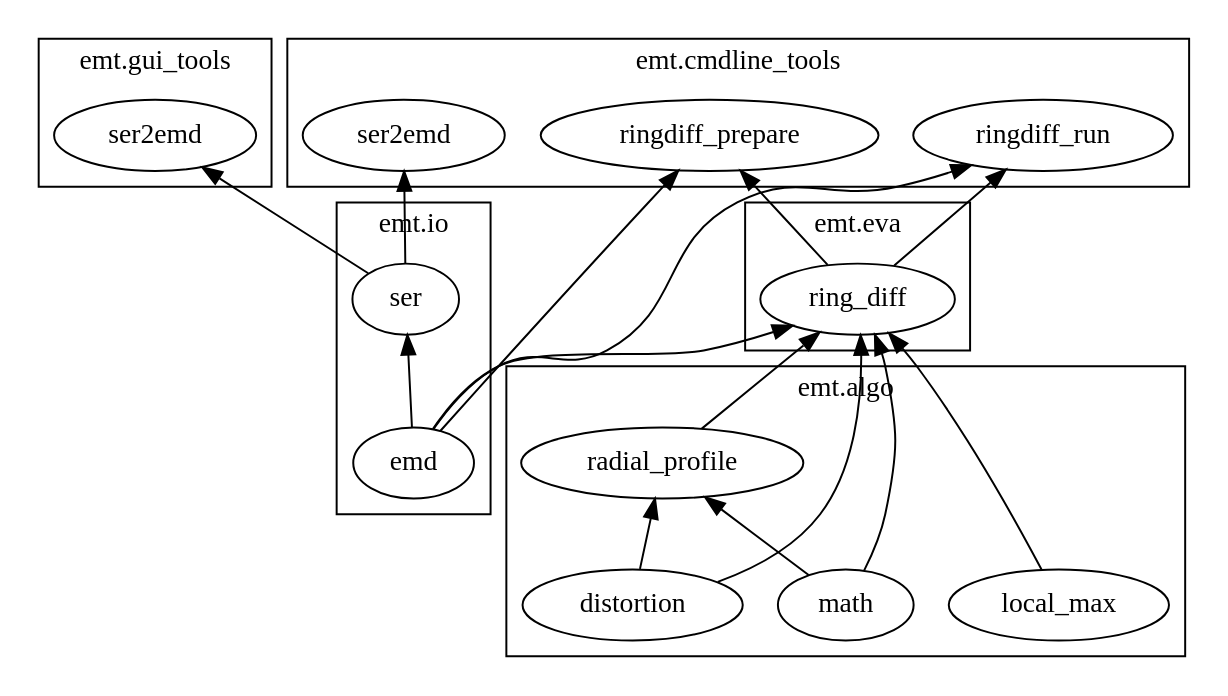
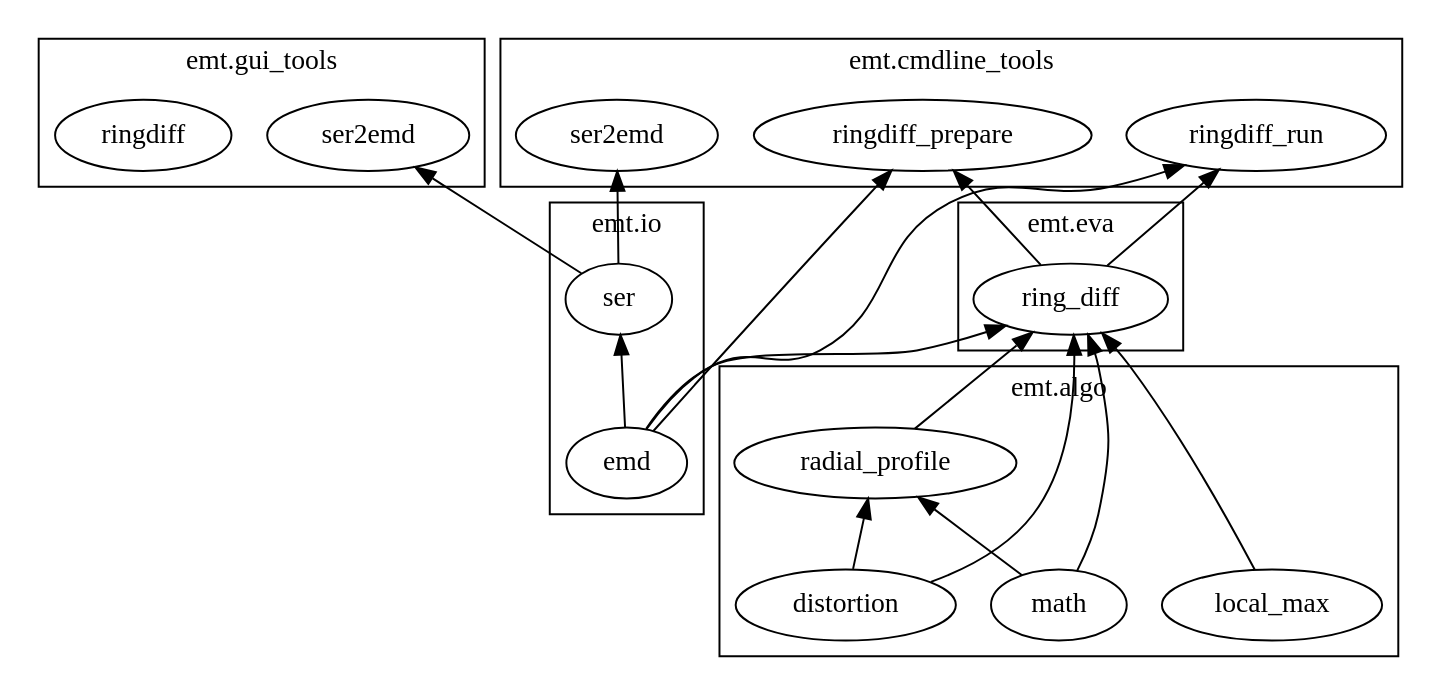
One commit to fniekiel/emt changed the diagram in docs/module_layout.dot. Above: the diagram before and after it, drawn with Graphviz. The commit also changed 1 other file, not shown here.

Commit message:
(gui_ringdiff) setting up file structure

```diff
--- a/docs/module_layout.dot
+++ b/docs/module_layout.dot
@@ -1,70 +1,71 @@
 digraph modules {
     rankdir = BT;
     labelloc = "b";
     //concentrate = true;
 
     subgraph "cluster_emt.io"{
     label = "emt.io";
     
     "emt.io.emd" [label="emd"];
     
     "emt.io.ser" [label="ser"];
 
     
     }
     
     subgraph "cluster_emt.algo"{
     label = "emt.algo";
     
     "emt.algo.local_max" [label="local_max"];
     "emt.algo.distortion" [label="distortion"];
     "emt.algo.radial_profile" [label="radial_profile"];
     "emt.algo.math" [label="math"];
     
     }
     
     subgraph "cluster_emt.eva"{
     label = "emt.eva";
     
     "emt.eva.ring_diff" [label="ring_diff"];
 
     
     }
     
     subgraph "cluster_emt.cmdline_tools" {
     label = "emt.cmdline_tools";
     
     "emt.cmdline_tools.ser2emd" [label="ser2emd"];
     "emt.cmdline_tools.ringdiff_prepare" [label="ringdiff_prepare"];
     "emt.cmdline_tools.ringdiff_run" [label="ringdiff_run"];
 
     }
     
     subgraph "cluster_emt.gui_tools" {
     label = "emt.gui_tools";
     
     "emt.gui_tools.ser2emd" [label="ser2emd"];
+    "emt.gui_tools.ringdiff" [label="ringdiff"];
     
     }
     
     "emt.io.emd" -> "emt.io.ser";
     
     "emt.algo.distortion" -> "emt.algo.radial_profile";
     "emt.algo.math" -> "emt.algo.radial_profile";
     
     "emt.algo.local_max" -> "emt.eva.ring_diff";
     "emt.algo.distortion" -> "emt.eva.ring_diff";
     "emt.algo.radial_profile" -> "emt.eva.ring_diff";
     "emt.algo.math" -> "emt.eva.ring_diff";
     "emt.io.emd" -> "emt.eva.ring_diff";
     
     "emt.io.ser" -> "emt.cmdline_tools.ser2emd";
     
     "emt.io.emd" -> "emt.cmdline_tools.ringdiff_prepare";
     "emt.eva.ring_diff" -> "emt.cmdline_tools.ringdiff_prepare";
     
     "emt.io.emd" -> "emt.cmdline_tools.ringdiff_run";
     "emt.eva.ring_diff" -> "emt.cmdline_tools.ringdiff_run";
     
     "emt.io.ser" -> "emt.gui_tools.ser2emd";
 }
```
